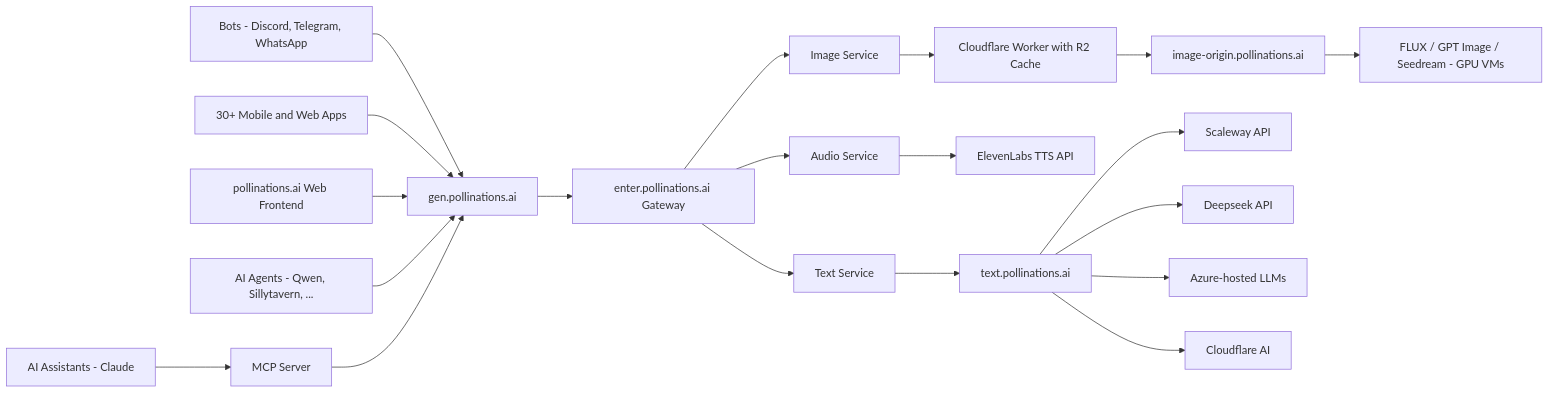
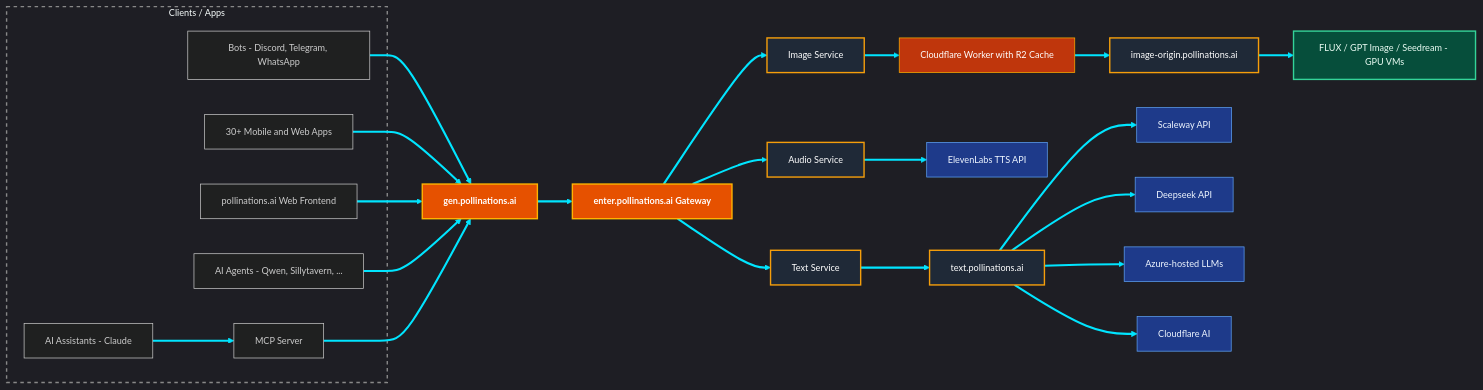
One commit to pollinations/pollinations changed the diagram in README.md. Above: the diagram before and after it, drawn with Mermaid. The commit also changed 1 other file, not shown here.

Commit message:
docs: add architecture diagrams (#9223)
* docs: add architecture diagrams (models + infra)

* docs: styled mermaid diagrams with dark theme and moved to DEVELOP.md and README.md

---------

````diff
--- a/README.md
+++ b/README.md
@@ -279,27 +279,48 @@
 ```mermaid
+%%{init: {'theme': 'dark', 'themeVariables': { 'background': '#1a1a1a', 'primaryColor': '#2a2a2a', 'primaryBorderColor': '#555555', 'primaryTextColor': '#eeeeee', 'lineColor': '#00e5ff', 'clusterBkg': 'transparent', 'clusterBorder': '#888888', 'fontSize': '13px', 'fontFamily': 'Inter, system-ui, sans-serif'}}}%%
+
 graph LR
-    Q[Bots - Discord, Telegram, WhatsApp] --> GEN
-    N[30+ Mobile and Web Apps] --> GEN
-    A[pollinations.ai Web Frontend] --> GEN
-    R[AI Agents - Qwen, Sillytavern, ...] --> GEN
-    AI[AI Assistants - Claude] --> MCP[MCP Server]
+    subgraph CLIENTS["Clients / Apps"]
+        Q[Bots - Discord, Telegram, WhatsApp]
+        N[30+ Mobile and Web Apps]
+        A[pollinations.ai Web Frontend]
+        R[AI Agents - Qwen, Sillytavern, ...]
+        AI[AI Assistants - Claude]
+        MCP[MCP Server]
+    end
+
+    AI --> MCP
+    Q --> GEN
+    N --> GEN
+    A --> GEN
+    R --> GEN
     MCP --> GEN
 
-    GEN[gen.pollinations.ai] --> ENTER[enter.pollinations.ai Gateway]
+    GEN["gen.pollinations.ai"]:::cfWorker --> ENTER["enter.pollinations.ai Gateway"]:::cfWorker
 
-    ENTER --> IMG[Image Service]
-    ENTER --> TXT[Text Service]
-    ENTER --> AUD[Audio Service]
+    ENTER --> IMG["Image Service"]:::ec2
+    ENTER --> TXT["Text Service"]:::ec2
+    ENTER --> AUD["Audio Service"]:::ec2
 
-    IMG --> CF[Cloudflare Worker with R2 Cache]
-    CF --> B[image-origin.pollinations.ai]
-    B --> D[FLUX / GPT Image / Seedream - GPU VMs]
+    IMG --> CF["Cloudflare Worker with R2 Cache"]:::cfWorkerLight
+    CF --> B["image-origin.pollinations.ai"]:::ec2
+    B --> D["FLUX / GPT Image / Seedream - GPU VMs"]:::gpuNode
 
-    AUD --> EL[ElevenLabs TTS API]
+    AUD --> EL["ElevenLabs TTS API"]:::provider
 
-    TXT --> C[text.pollinations.ai]
-    C --> SC[Scaleway API]
-    C --> DS[Deepseek API]
-    C --> G[Azure-hosted LLMs]
-    C --> CFM[Cloudflare AI]
+    TXT --> C["text.pollinations.ai"]:::ec2
+    C --> SC["Scaleway API"]:::provider
+    C --> DS["Deepseek API"]:::provider
+    C --> G["Azure-hosted LLMs"]:::provider
+    C --> CFM["Cloudflare AI"]:::provider
+
+    style CLIENTS fill:none,stroke:#888,stroke-width:2px,stroke-dasharray: 5 5
+
+    linkStyle default stroke-width:3px,stroke:#00E5FF
+
+    classDef cfWorker fill:#E65100,color:#fff,stroke:#FFB300,stroke-width:2px,font-weight:bold
+    classDef cfWorkerLight fill:#BF360C,color:#fff,stroke:#FFB300,stroke-width:1px
+    classDef ec2 fill:#1F2937,color:#fff,stroke:#F59E0B,stroke-width:2px
+    classDef gpuNode fill:#064E3B,stroke:#34D399,color:#ECFDF5,stroke-width:2px
+    classDef provider fill:#1E3A8A,stroke:#60A5FA,color:#EFF6FF,stroke-width:1px
 ```
````
